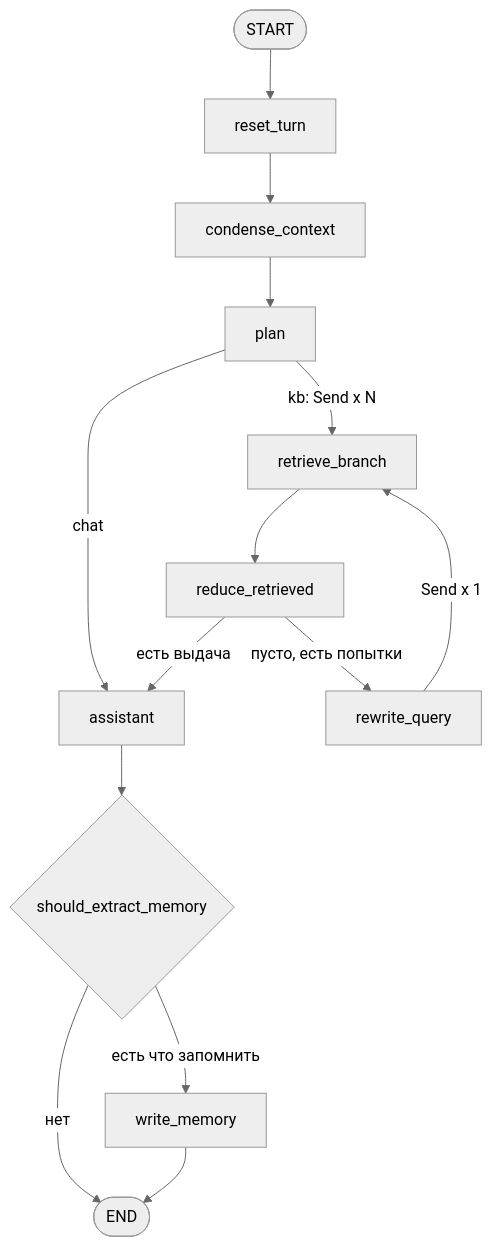
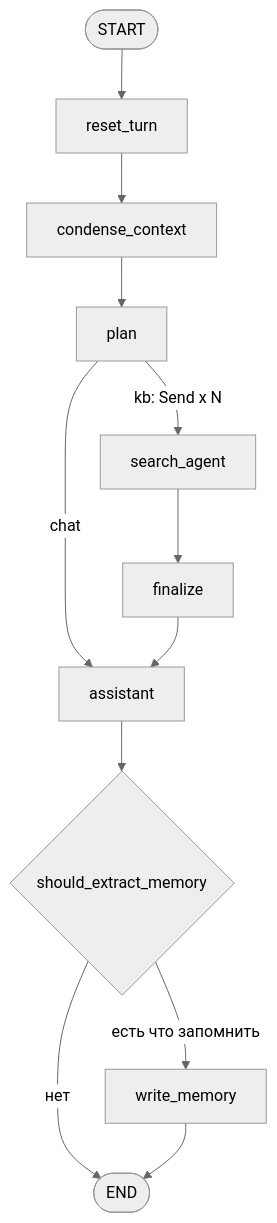
The diagram in docs/GRAPH.md (coder-smookki/GSP-Project-AIst), drawn with Mermaid (neutral theme) before and after one commit. The commit also changed other lines of this file and 3 other files, not shown here.

````diff
--- a/docs/GRAPH.md
+++ b/docs/GRAPH.md
@@ -10,18 +10,16 @@
 ```mermaid
 flowchart TD
     S([START]) --> R[reset_turn]
     R --> CC[condense_context]
     CC --> PL[plan]
 
     PL -->|chat| AS[assistant]
-    PL -->|kb: Send x N| RB[retrieve_branch]
-    RB --> RD[reduce_retrieved]
-    RD -->|пусто, есть попытки| RQ[rewrite_query]
-    RQ -->|Send x 1| RB
-    RD -->|есть выдача| AS
+    PL -->|kb: Send x N| SA[search_agent]
+    SA --> FZ[finalize]
+    FZ --> AS
 
     AS --> WM{should_extract_memory}
     WM -- "есть что запомнить" --> WR[write_memory]
     WM -- нет --> E([END])
     WR --> E([END])
 ```
````
